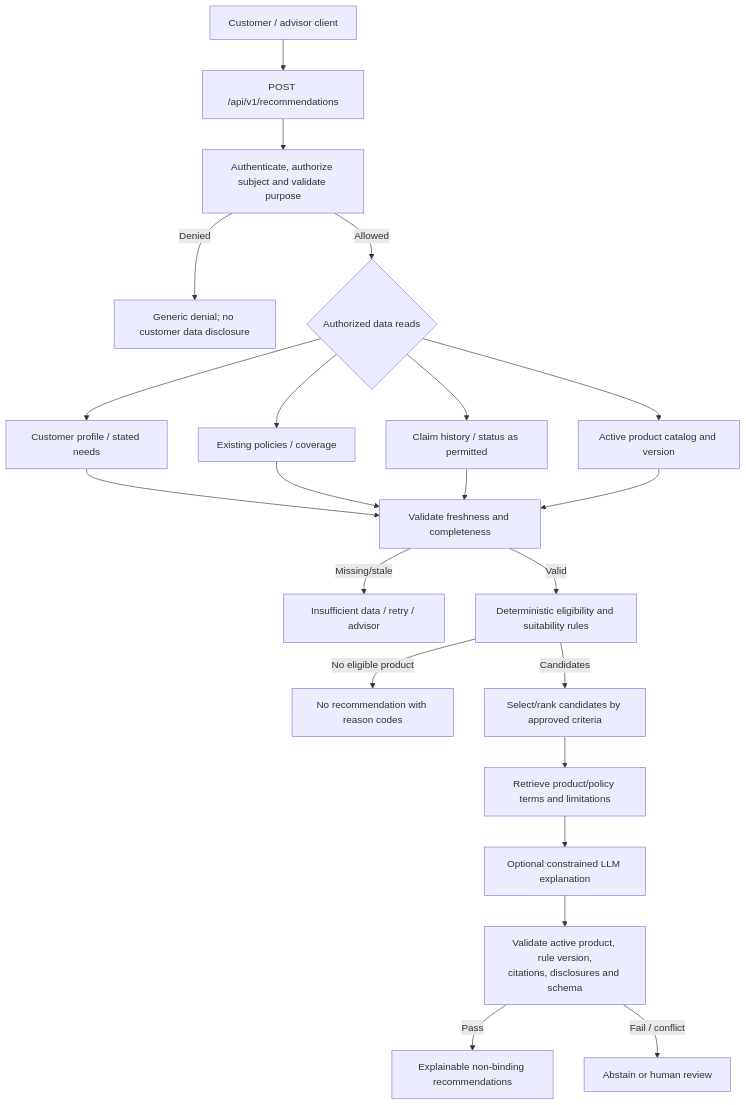
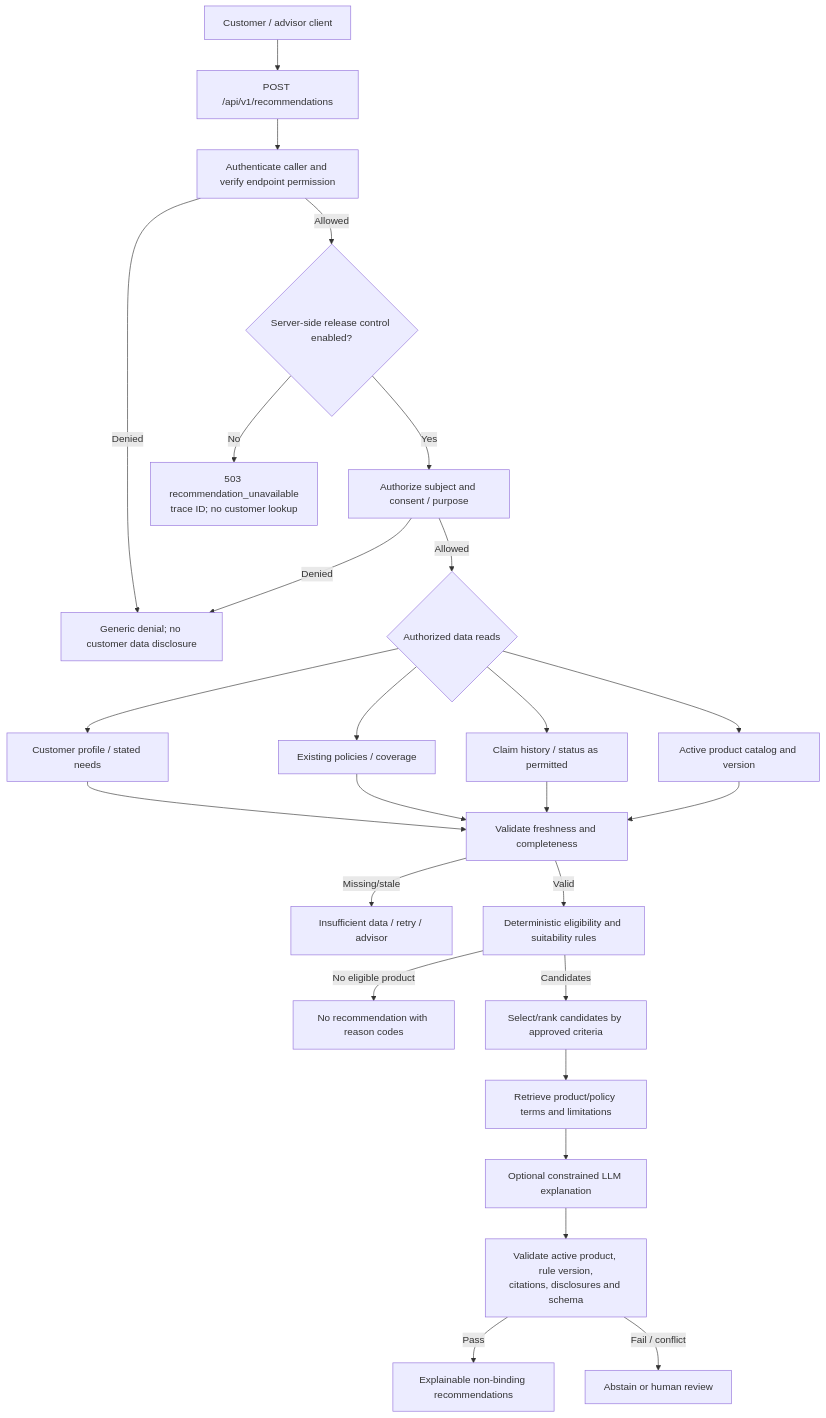
One commit to mithileshbhumca/InsuranceGenAI changed the sixth of 7 diagrams in rag-architecture.md. Above: the diagram before and after it, drawn with Mermaid. The commit also changed other lines of this file and 6 other files, not shown here.

````diff
--- a/rag-architecture.md
+++ b/rag-architecture.md
@@ -483,24 +506,28 @@
 ```mermaid
 flowchart TD
     CLIENT[Customer / advisor client] --> ENDPOINT[POST /api/v1/recommendations]
-    ENDPOINT --> AUTH[Authenticate, authorize subject and validate purpose]
+    ENDPOINT --> AUTH[Authenticate caller and verify endpoint permission]
     AUTH -->|Denied| DENY[Generic denial; no customer data disclosure]
-    AUTH -->|Allowed| FANOUT{Authorized data reads}
+    AUTH -->|Allowed| GATE{Server-side release control enabled?}
+    GATE -->|No| DISABLED[503 recommendation_unavailable<br/>trace ID; no customer lookup]
+    GATE -->|Yes| SUBJECT[Authorize subject and consent / purpose]
+    SUBJECT -->|Denied| DENY
+    SUBJECT -->|Allowed| FANOUT{Authorized data reads}
     FANOUT --> PROFILE[Customer profile / stated needs]
     FANOUT --> POLICIES[Existing policies / coverage]
     FANOUT --> CLAIMS[Claim history / status as permitted]
     FANOUT --> CATALOG[Active product catalog and version]
     PROFILE --> JOIN[Validate freshness and completeness]
     POLICIES --> JOIN
     CLAIMS --> JOIN
     CATALOG --> JOIN
     JOIN -->|Missing/stale| INSUFFICIENT[Insufficient data / retry / advisor]
     JOIN -->|Valid| RULES[Deterministic eligibility and suitability rules]
     RULES -->|No eligible product| NONE[No recommendation with reason codes]
     RULES -->|Candidates| FILTER[Select/rank candidates by approved criteria]
     FILTER --> RAG[Retrieve product/policy terms and limitations]
     RAG --> EXPLAIN[Optional constrained LLM explanation]
     EXPLAIN --> CHECK[Validate active product, rule version,<br/>citations, disclosures and schema]
     CHECK -->|Pass| RESULT[Explainable non-binding recommendations]
     CHECK -->|Fail / conflict| REVIEW[Abstain or human review]
 ```
````
